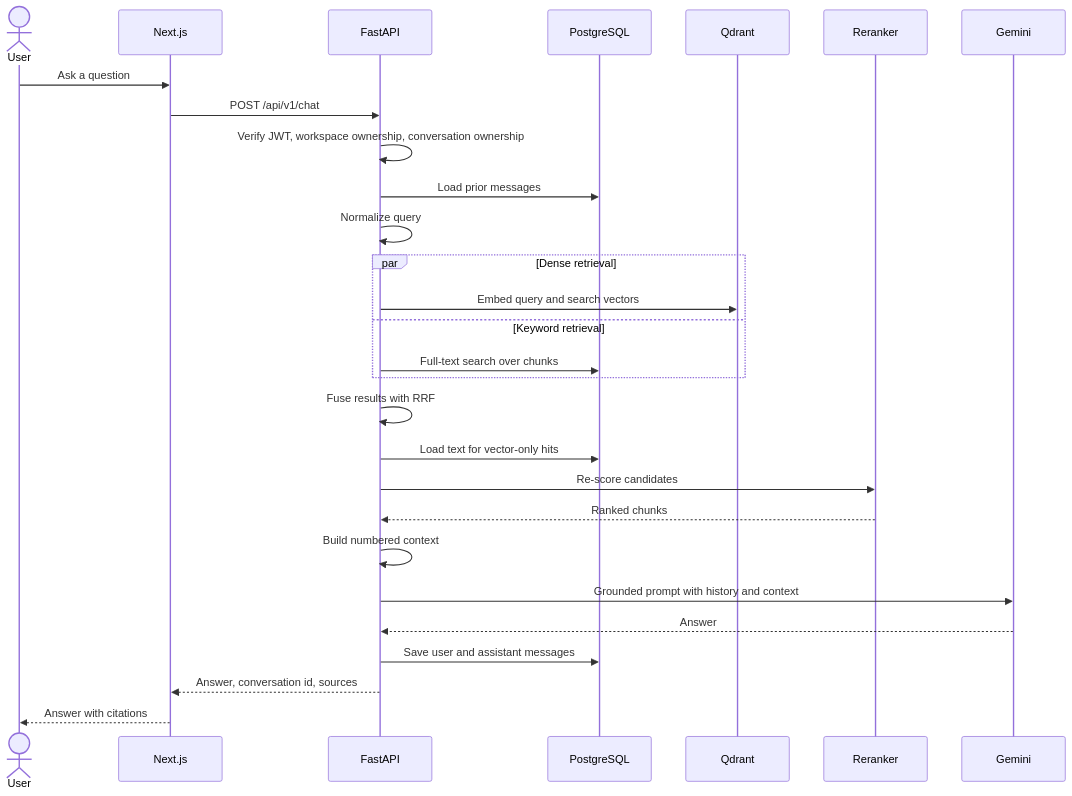
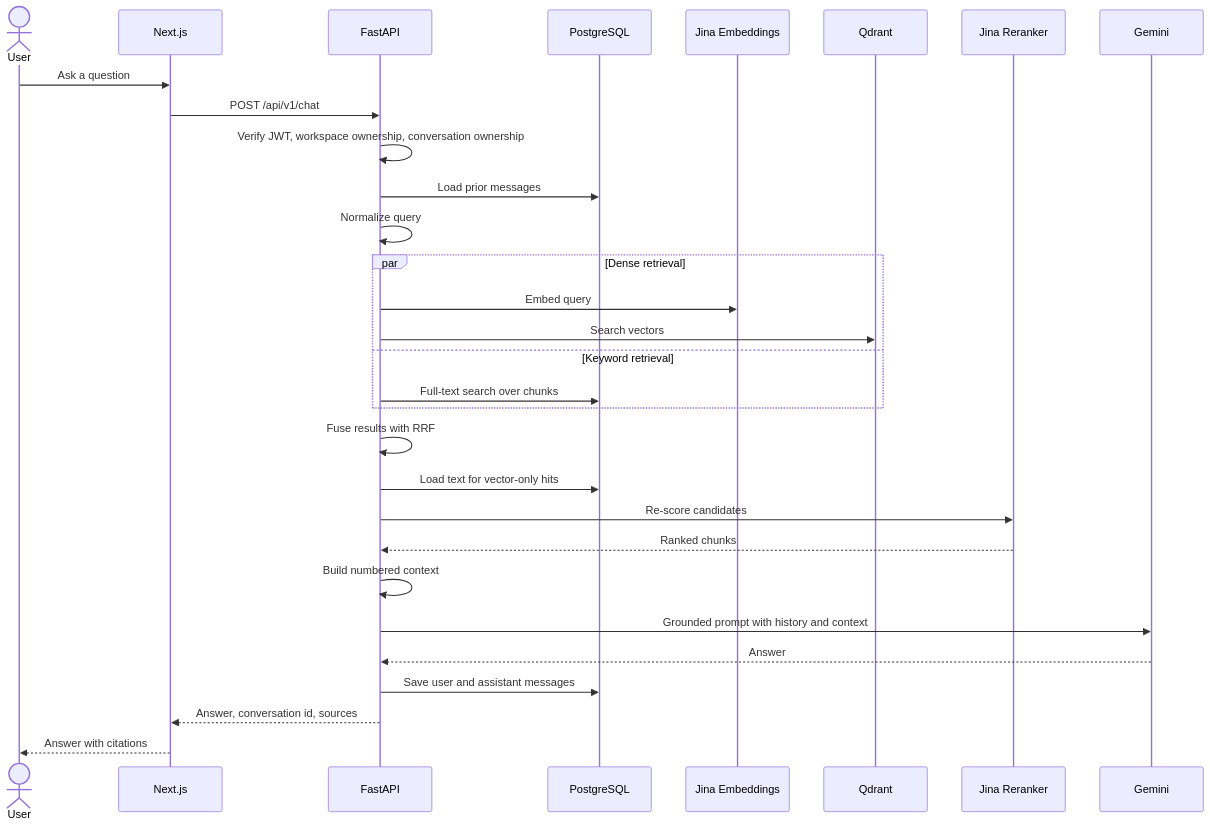
One commit to NANDAGOPALNG/Lumora changed the third of 4 diagrams in README.md. Above: the diagram before and after it, drawn with Mermaid. The commit also changed other lines of this file, not shown here.

````diff
--- a/README.md
+++ b/README.md
@@ -155,31 +165,33 @@
 ```mermaid
 sequenceDiagram
     actor U as User
     participant FE as Next.js
     participant API as FastAPI
     participant PG as PostgreSQL
+    participant EM as Jina Embeddings
     participant QD as Qdrant
-    participant RR as Reranker
+    participant RR as Jina Reranker
     participant LLM as Gemini
 
     U->>FE: Ask a question
     FE->>API: POST /api/v1/chat
     API->>API: Verify JWT, workspace ownership, conversation ownership
     API->>PG: Load prior messages
     API->>API: Normalize query
     par Dense retrieval
-        API->>QD: Embed query and search vectors
+        API->>EM: Embed query
+        API->>QD: Search vectors
     and Keyword retrieval
         API->>PG: Full-text search over chunks
     end
     API->>API: Fuse results with RRF
     API->>PG: Load text for vector-only hits
     API->>RR: Re-score candidates
     RR-->>API: Ranked chunks
     API->>API: Build numbered context
     API->>LLM: Grounded prompt with history and context
     LLM-->>API: Answer
     API->>PG: Save user and assistant messages
     API-->>FE: Answer, conversation id, sources
     FE-->>U: Answer with citations
 ```
````
